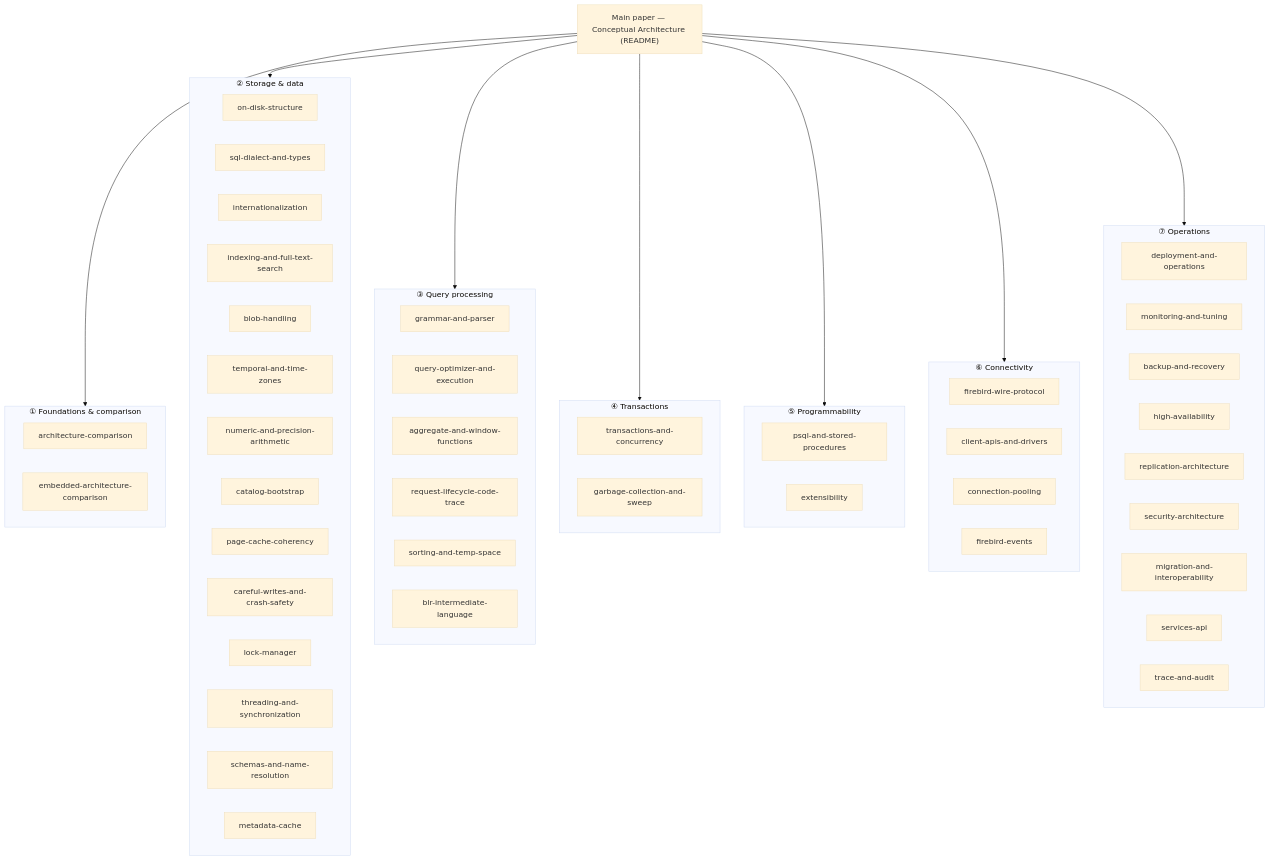
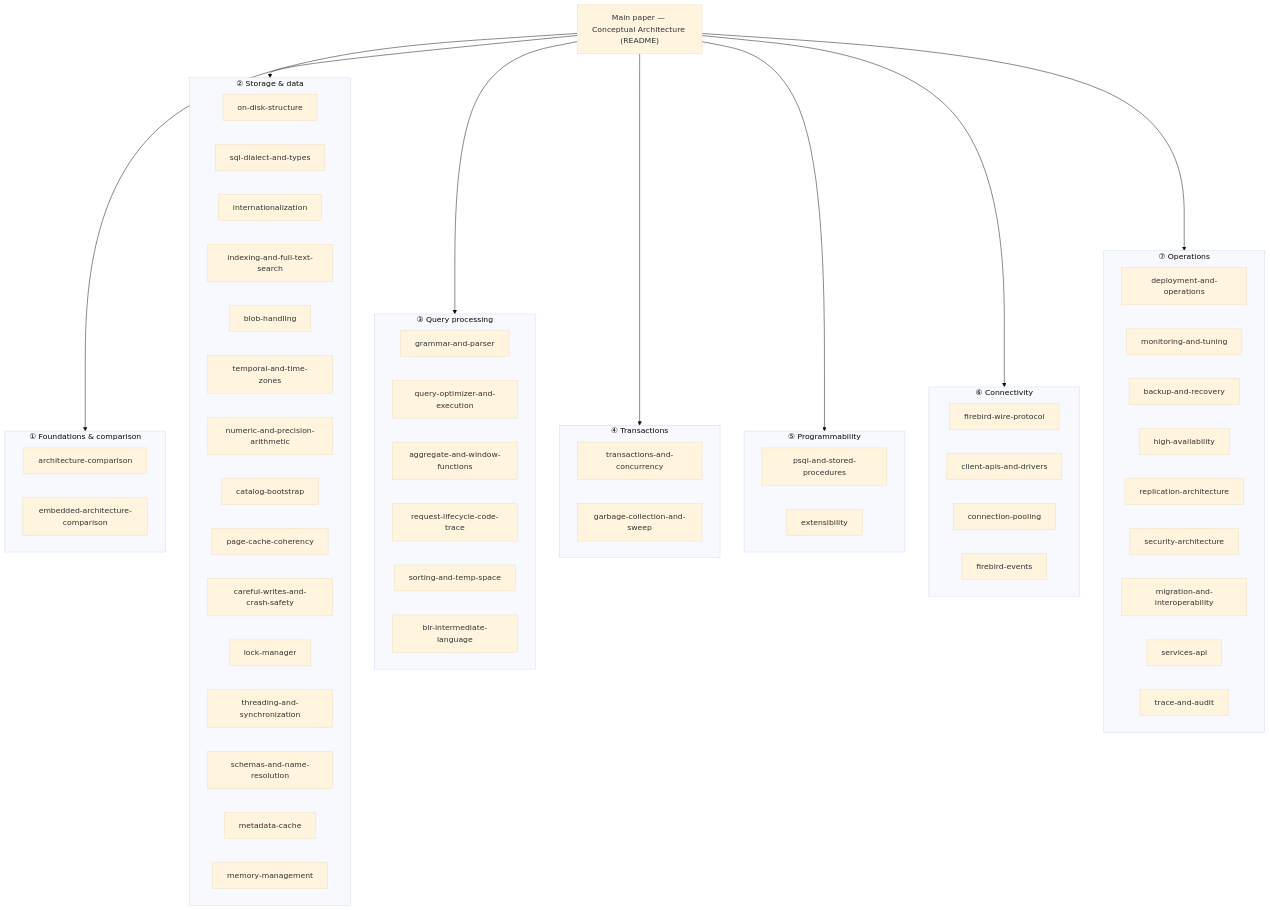
Before and after one commit to mariuz/conceptual-architecture-for-firebird-paper: the diagram in READING-GUIDE.md, drawn with Mermaid (base theme). The commit also changed other lines of this file and 3 other files, not shown here.

First line of the commit message:
Add memory management document — pools as lifetimes

````diff
--- a/READING-GUIDE.md
+++ b/READING-GUIDE.md
@@ -9,60 +9,61 @@
 ```mermaid
 flowchart TB
     PAPER["Main paper — Conceptual Architecture (README)"]
 
     PAPER --> T1 & T2 & T3 & T4 & T5 & T6 & T7
 
     subgraph T1["① Foundations & comparison"]
         A1["architecture-comparison"]
         A2["embedded-architecture-comparison"]
     end
     subgraph T2["② Storage & data"]
         B1["on-disk-structure"]
         B2["sql-dialect-and-types"]
         B3["internationalization"]
         B4["indexing-and-full-text-search"]
         B5["blob-handling"]
         B6["temporal-and-time-zones"]
         B7["numeric-and-precision-arithmetic"]
         B8["catalog-bootstrap"]
         B9["page-cache-coherency"]
         B10["careful-writes-and-crash-safety"]
         B11["lock-manager"]
         B12["threading-and-synchronization"]
         B13["schemas-and-name-resolution"]
         B14["metadata-cache"]
+        B15["memory-management"]
     end
     subgraph T3["③ Query processing"]
         C1["grammar-and-parser"]
         C2["query-optimizer-and-execution"]
         C3["aggregate-and-window-functions"]
         C4["request-lifecycle-code-trace"]
         C5["sorting-and-temp-space"]
         C6["blr-intermediate-language"]
     end
     subgraph T4["④ Transactions"]
         D1["transactions-and-concurrency"]
         D2["garbage-collection-and-sweep"]
     end
     subgraph T5["⑤ Programmability"]
         E1["psql-and-stored-procedures"]
         E2["extensibility"]
     end
     subgraph T6["⑥ Connectivity"]
         F1["firebird-wire-protocol"]
         F2["client-apis-and-drivers"]
         F3["connection-pooling"]
         F4["firebird-events"]
     end
     subgraph T7["⑦ Operations"]
         G1["deployment-and-operations"]
         G2["monitoring-and-tuning"]
         G3["backup-and-recovery"]
         G4["high-availability"]
         G5["replication-architecture"]
         G6["security-architecture"]
         G7["migration-and-interoperability"]
         G8["services-api"]
         G9["trace-and-audit"]
     end
 ```
````
